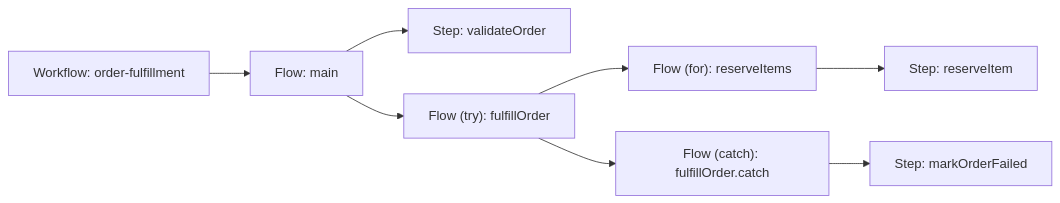
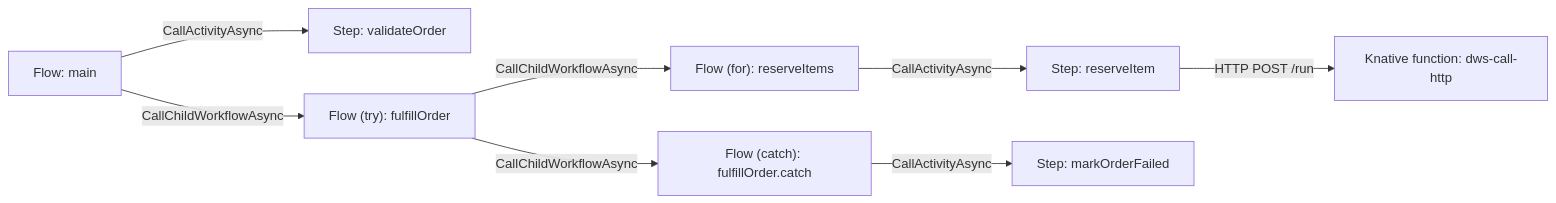
The first of 6 diagrams in docs/roadmaps/workflow-visual-model.md (tonylibs/dapr-workflow-spec), drawn with Mermaid before and after one commit. The commit also changed other lines of this file and 1 other file, not shown here.

Commit message:
docs: expand target workflow architecture examples

````diff
--- a/docs/roadmaps/workflow-visual-model.md
+++ b/docs/roadmaps/workflow-visual-model.md
@@ -140,10 +153,10 @@
 ```mermaid
 flowchart LR
-  W["Workflow: order-fulfillment"] --> Main["Flow: main"]
-  Main --> Validate["Step: validateOrder"]
-  Main --> Try["Flow (try): fulfillOrder"]
-  Try --> For["Flow (for): reserveItems"]
-  For --> Reserve["Step: reserveItem"]
-  Try --> Catch["Flow (catch): fulfillOrder.catch"]
-  Catch --> Failed["Step: markOrderFailed"]
+  Main["Flow: main"] -->|CallActivityAsync| Validate["Step: validateOrder"]
+  Main -->|CallChildWorkflowAsync| Try["Flow (try): fulfillOrder"]
+  Try -->|CallChildWorkflowAsync| For["Flow (for): reserveItems"]
+  For -->|CallActivityAsync| Reserve["Step: reserveItem"]
+  Reserve -->|HTTP POST /run| Http["Knative function: dws-call-http"]
+  Try -->|CallChildWorkflowAsync| Catch["Flow (catch): fulfillOrder.catch"]
+  Catch -->|CallActivityAsync| Failed["Step: markOrderFailed"]
 ```
````
